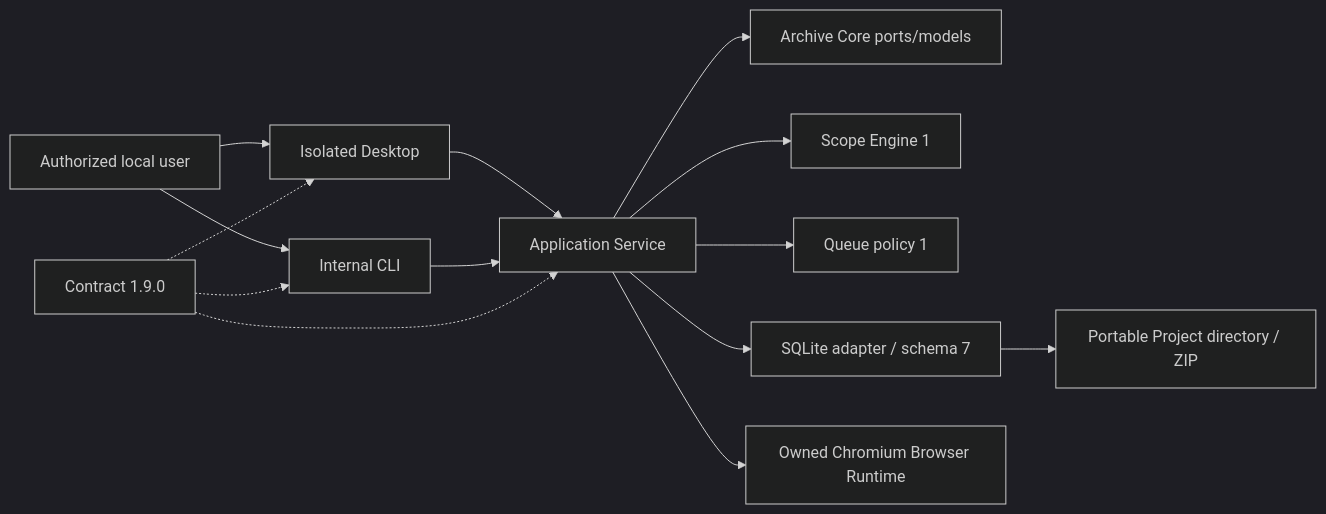
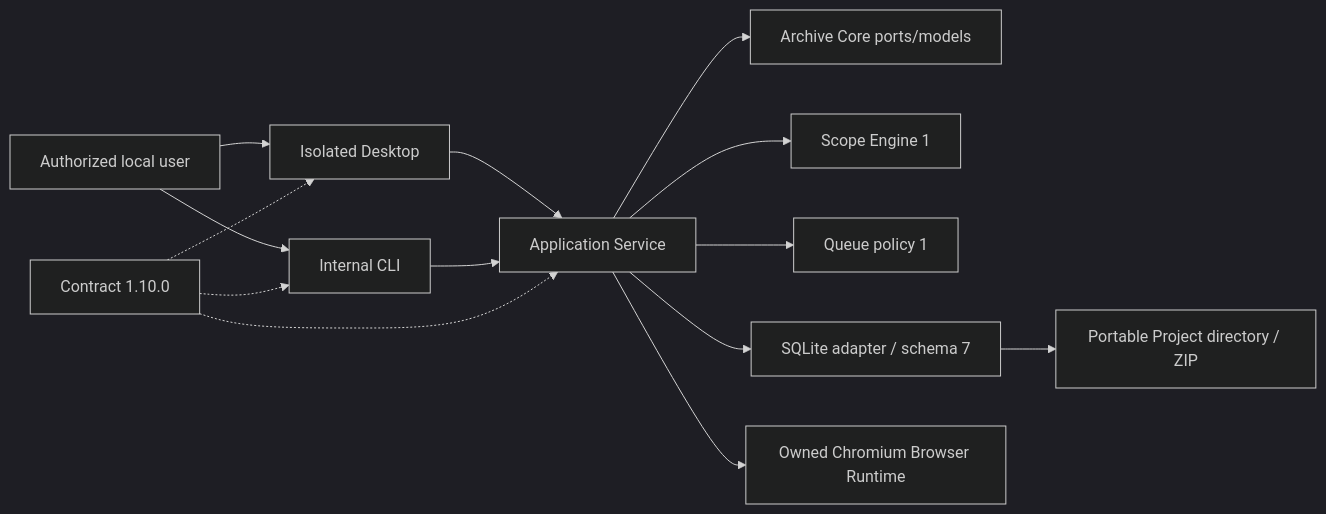
Before and after one commit to sasanzare/OfflineWebArchiver: the diagram in docs/architecture/SYSTEM_CONTEXT.md, drawn with Mermaid (dark theme). The commit also changed other lines of this file and 46 other files, not shown here.

Commit message:
feat(phase14): add OTP flow and element picker

````diff
--- a/docs/architecture/SYSTEM_CONTEXT.md
+++ b/docs/architecture/SYSTEM_CONTEXT.md
@@ -11,16 +11,16 @@
 ```mermaid
 flowchart LR
   User["Authorized local user"] --> Desktop["Isolated Desktop"]
   User --> CLI["Internal CLI"]
   Desktop --> Service["Application Service"]
   CLI --> Service
   Service --> Core["Archive Core ports/models"]
   Service --> Scope["Scope Engine 1"]
   Service --> Queue["Queue policy 1"]
   Service --> Persistence["SQLite adapter / schema 7"]
   Service --> Browser["Owned Chromium Browser Runtime"]
   Persistence --> Files["Portable Project directory / ZIP"]
-  Contracts["Contract 1.9.0"] -.-> Desktop
+  Contracts["Contract 1.10.0"] -.-> Desktop
   Contracts -.-> CLI
   Contracts -.-> Service
 ```
````
